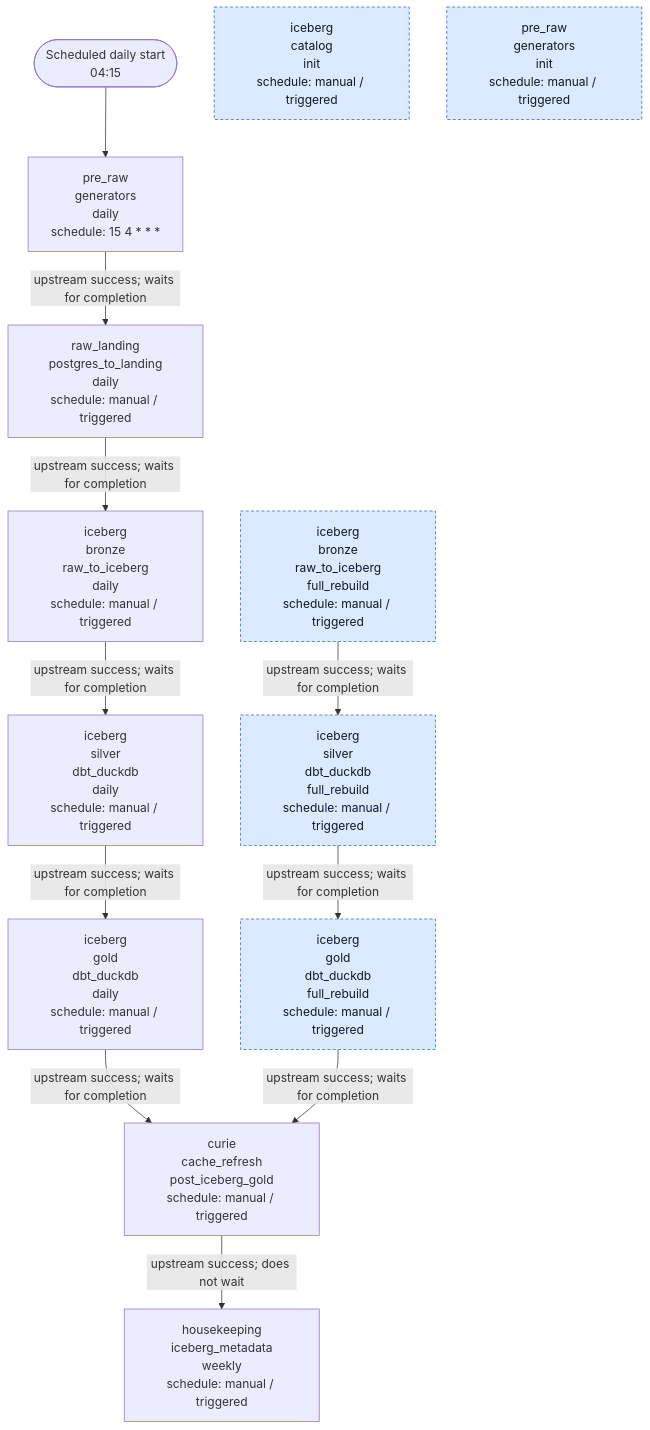
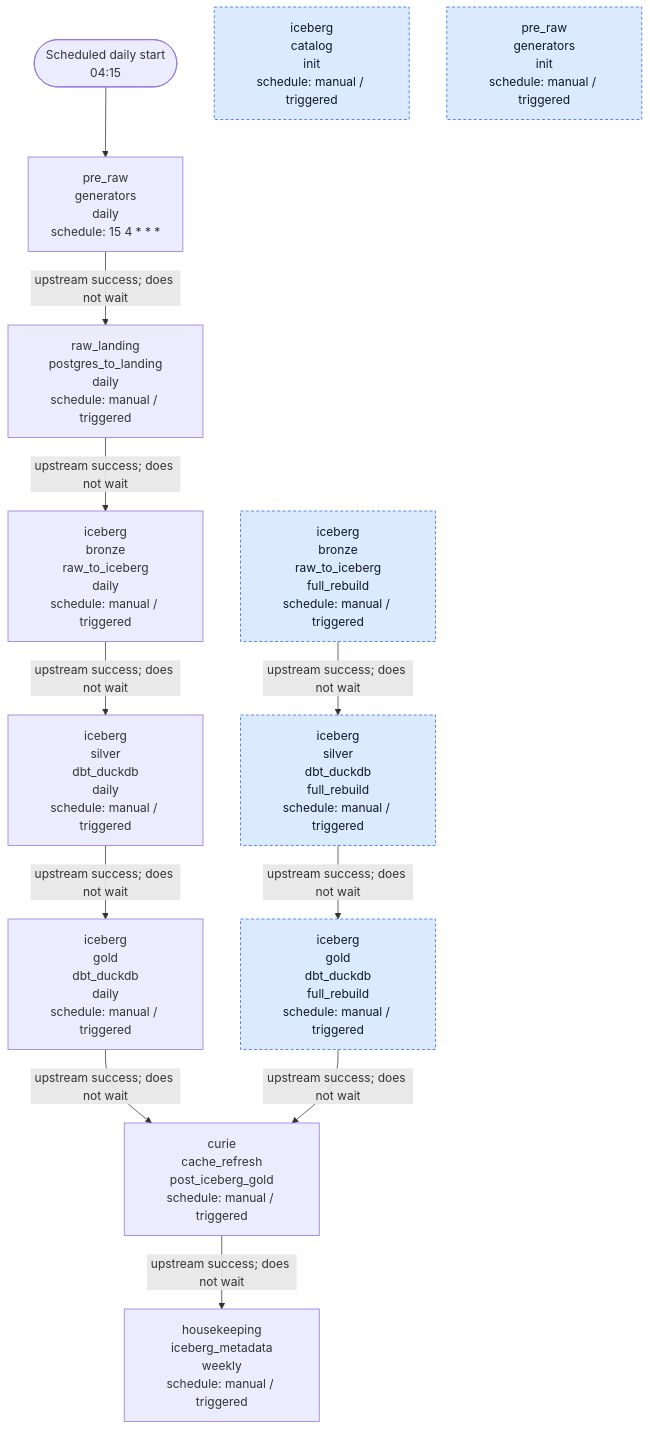
One commit to AntonMiniazev/ampere_project changed the diagram in docs/dataflow/diagrams/airflow_dags.mmd. Above: the diagram before and after it, drawn with Mermaid. The commit also changed 14 other files, not shown here.

```diff
--- a/docs/dataflow/diagrams/airflow_dags.mmd
+++ b/docs/dataflow/diagrams/airflow_dags.mmd
@@ -1,32 +1,32 @@
 flowchart TD
     START(["Scheduled daily start<br/>04:15"])
     D_AMPERE__CURIE__CACHE_REFRESH__POST_ICEBERG_GOLD["curie<br/>cache_refresh<br/>post_iceberg_gold<br/>schedule: manual / triggered"]
     D_AMPERE__HOUSEKEEPING__ICEBERG_METADATA__WEEKLY["housekeeping<br/>iceberg_metadata<br/>weekly<br/>schedule: manual / triggered"]
     D_AMPERE__ICEBERG__BRONZE__RAW_TO_ICEBERG__DAILY["iceberg<br/>bronze<br/>raw_to_iceberg<br/>daily<br/>schedule: manual / triggered"]
     D_AMPERE__ICEBERG__BRONZE__RAW_TO_ICEBERG__FULL_REBUILD["iceberg<br/>bronze<br/>raw_to_iceberg<br/>full_rebuild<br/>schedule: manual / triggered"]
     D_AMPERE__ICEBERG__CATALOG__INIT["iceberg<br/>catalog<br/>init<br/>schedule: manual / triggered"]
     D_AMPERE__ICEBERG__GOLD__DBT_DUCKDB__DAILY["iceberg<br/>gold<br/>dbt_duckdb<br/>daily<br/>schedule: manual / triggered"]
     D_AMPERE__ICEBERG__GOLD__DBT_DUCKDB__FULL_REBUILD["iceberg<br/>gold<br/>dbt_duckdb<br/>full_rebuild<br/>schedule: manual / triggered"]
     D_AMPERE__ICEBERG__SILVER__DBT_DUCKDB__DAILY["iceberg<br/>silver<br/>dbt_duckdb<br/>daily<br/>schedule: manual / triggered"]
     D_AMPERE__ICEBERG__SILVER__DBT_DUCKDB__FULL_REBUILD["iceberg<br/>silver<br/>dbt_duckdb<br/>full_rebuild<br/>schedule: manual / triggered"]
     D_AMPERE__PRE_RAW__GENERATORS__DAILY["pre_raw<br/>generators<br/>daily<br/>schedule: 15 4 * * *"]
     D_AMPERE__PRE_RAW__GENERATORS__INIT["pre_raw<br/>generators<br/>init<br/>schedule: manual / triggered"]
     D_AMPERE__RAW_LANDING__POSTGRES_TO_LANDING__DAILY["raw_landing<br/>postgres_to_landing<br/>daily<br/>schedule: manual / triggered"]
 
     START --> D_AMPERE__PRE_RAW__GENERATORS__DAILY
     D_AMPERE__CURIE__CACHE_REFRESH__POST_ICEBERG_GOLD -->|"upstream success; does not wait"| D_AMPERE__HOUSEKEEPING__ICEBERG_METADATA__WEEKLY
-    D_AMPERE__ICEBERG__BRONZE__RAW_TO_ICEBERG__DAILY -->|"upstream success; waits for completion"| D_AMPERE__ICEBERG__SILVER__DBT_DUCKDB__DAILY
-    D_AMPERE__ICEBERG__BRONZE__RAW_TO_ICEBERG__FULL_REBUILD -->|"upstream success; waits for completion"| D_AMPERE__ICEBERG__SILVER__DBT_DUCKDB__FULL_REBUILD
-    D_AMPERE__ICEBERG__GOLD__DBT_DUCKDB__DAILY -->|"upstream success; waits for completion"| D_AMPERE__CURIE__CACHE_REFRESH__POST_ICEBERG_GOLD
-    D_AMPERE__ICEBERG__GOLD__DBT_DUCKDB__FULL_REBUILD -->|"upstream success; waits for completion"| D_AMPERE__CURIE__CACHE_REFRESH__POST_ICEBERG_GOLD
-    D_AMPERE__ICEBERG__SILVER__DBT_DUCKDB__DAILY -->|"upstream success; waits for completion"| D_AMPERE__ICEBERG__GOLD__DBT_DUCKDB__DAILY
-    D_AMPERE__ICEBERG__SILVER__DBT_DUCKDB__FULL_REBUILD -->|"upstream success; waits for completion"| D_AMPERE__ICEBERG__GOLD__DBT_DUCKDB__FULL_REBUILD
-    D_AMPERE__PRE_RAW__GENERATORS__DAILY -->|"upstream success; waits for completion"| D_AMPERE__RAW_LANDING__POSTGRES_TO_LANDING__DAILY
-    D_AMPERE__RAW_LANDING__POSTGRES_TO_LANDING__DAILY -->|"upstream success; waits for completion"| D_AMPERE__ICEBERG__BRONZE__RAW_TO_ICEBERG__DAILY
+    D_AMPERE__ICEBERG__BRONZE__RAW_TO_ICEBERG__DAILY -->|"upstream success; does not wait"| D_AMPERE__ICEBERG__SILVER__DBT_DUCKDB__DAILY
+    D_AMPERE__ICEBERG__BRONZE__RAW_TO_ICEBERG__FULL_REBUILD -->|"upstream success; does not wait"| D_AMPERE__ICEBERG__SILVER__DBT_DUCKDB__FULL_REBUILD
+    D_AMPERE__ICEBERG__GOLD__DBT_DUCKDB__DAILY -->|"upstream success; does not wait"| D_AMPERE__CURIE__CACHE_REFRESH__POST_ICEBERG_GOLD
+    D_AMPERE__ICEBERG__GOLD__DBT_DUCKDB__FULL_REBUILD -->|"upstream success; does not wait"| D_AMPERE__CURIE__CACHE_REFRESH__POST_ICEBERG_GOLD
+    D_AMPERE__ICEBERG__SILVER__DBT_DUCKDB__DAILY -->|"upstream success; does not wait"| D_AMPERE__ICEBERG__GOLD__DBT_DUCKDB__DAILY
+    D_AMPERE__ICEBERG__SILVER__DBT_DUCKDB__FULL_REBUILD -->|"upstream success; does not wait"| D_AMPERE__ICEBERG__GOLD__DBT_DUCKDB__FULL_REBUILD
+    D_AMPERE__PRE_RAW__GENERATORS__DAILY -->|"upstream success; does not wait"| D_AMPERE__RAW_LANDING__POSTGRES_TO_LANDING__DAILY
+    D_AMPERE__RAW_LANDING__POSTGRES_TO_LANDING__DAILY -->|"upstream success; does not wait"| D_AMPERE__ICEBERG__BRONZE__RAW_TO_ICEBERG__DAILY
 
     D_AMPERE__PRE_RAW__GENERATORS__INIT:::manual
     D_AMPERE__ICEBERG__CATALOG__INIT:::manual
     D_AMPERE__ICEBERG__BRONZE__RAW_TO_ICEBERG__FULL_REBUILD:::manual
     D_AMPERE__ICEBERG__SILVER__DBT_DUCKDB__FULL_REBUILD:::manual
     D_AMPERE__ICEBERG__GOLD__DBT_DUCKDB__FULL_REBUILD:::manual
     classDef manual fill:#dbeafe,stroke:#2563eb,color:#111827,stroke-dasharray: 4 3
```
